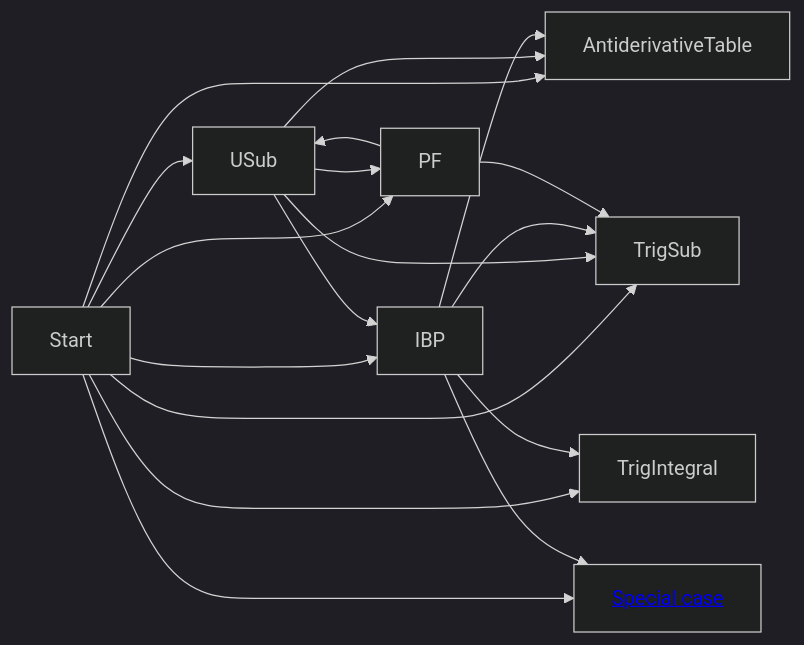
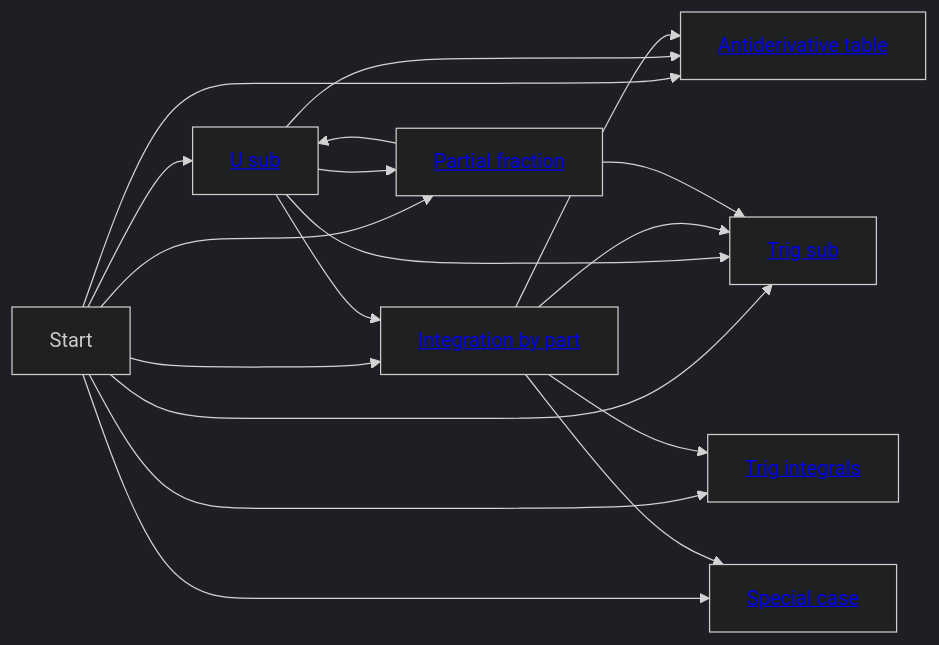
The diagram in _posts/2023-11-30-Calculus-2-7-overview.md (junwenwaynepeng/junwenwaynepeng.github.io), drawn with Mermaid (dark theme) before and after one commit. The commit also changed other lines of this file, not shown here.

````diff
--- a/_posts/2023-11-30-Calculus-2-7-overview.md
+++ b/_posts/2023-11-30-Calculus-2-7-overview.md
@@ -44,29 +44,29 @@
 ```mermaid
 %%{init: {"flowchart":{"useMaxWidth": 0}}}%%
 flowchart LR;
   Start;
-  AntiderivativeTable;
-  USub;
-  IBP;
-  TrigIntegral;
-  TrigSub;
-  PF;
+  AntiderivativeTable[<a href='#'>Antiderivative table</a>];
+  USub[<a href='#'>U sub</a>];
+  IBP[<a href='#'>Integration by part</a>];
+  TrigIntegral[<a href='#'>Trig integrals</a>];
+  TrigSub[<a href='#'>Trig sub</a>];
+  PF[<a href='#'>Partial fraction</a>];
   SC[<a href='#'>Special case</a>];
   Start-->AntiderivativeTable;
   Start-->USub;
   Start-->IBP;
   Start-->TrigIntegral;
   Start-->TrigSub;
   Start-->PF;
   Start-->SC;
   USub-->AntiderivativeTable;
   USub-->IBP;
   USub-->TrigSub;
   USub-->PF;
   IBP-->AntiderivativeTable;
   IBP-->TrigIntegral;
   IBP-->TrigSub;
   IBP-->SC;
   PF-->USub;
   PF-->TrigSub;
 ```
````
